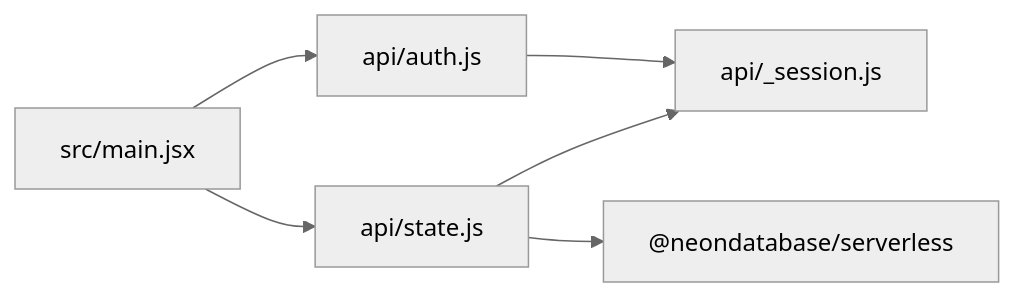
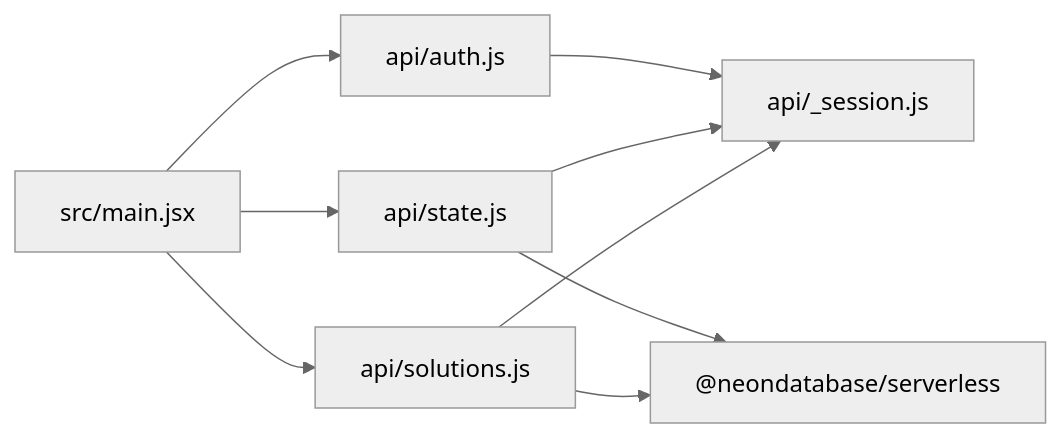
One commit to iamrituraj/DSA-Tracker changed the tenth of 10 diagrams in .qoder/repowiki/en/content/Cloud Synchronization.md. Above: the diagram before and after it, drawn with Mermaid (neutral theme). The commit also changed other lines of this file and 29 other files, not shown here.

````diff
--- a/.qoder/repowiki/en/content/Cloud Synchronization.md
+++ b/.qoder/repowiki/en/content/Cloud Synchronization.md
@@ -286,8 +365,11 @@
 ```mermaid
 graph LR
 FE["src/main.jsx"] --> AUTH["api/auth.js"]
 FE --> STATE["api/state.js"]
+FE --> SOLUTIONS["api/solutions.js"]
 AUTH --> SESS["api/_session.js"]
 STATE --> SESS
+SOLUTIONS --> SESS
 STATE --> NEON["@neondatabase/serverless"]
+SOLUTIONS --> NEON
 ```
````
